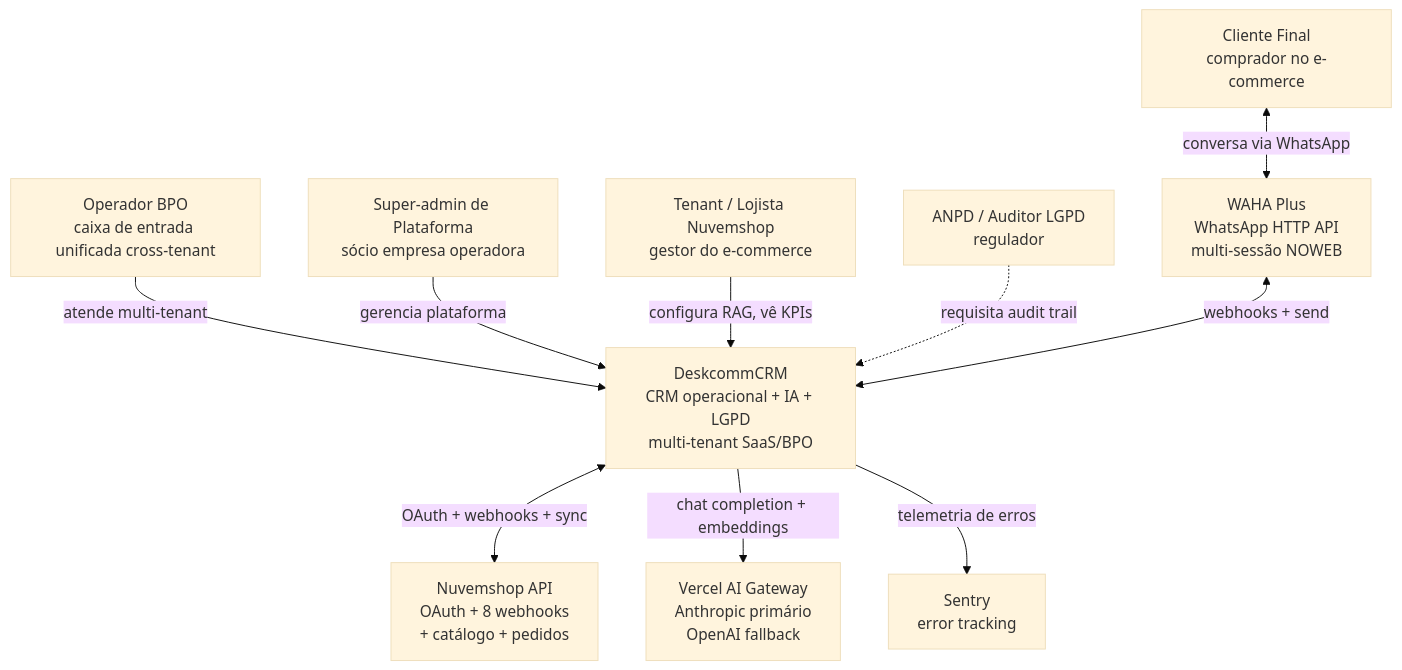
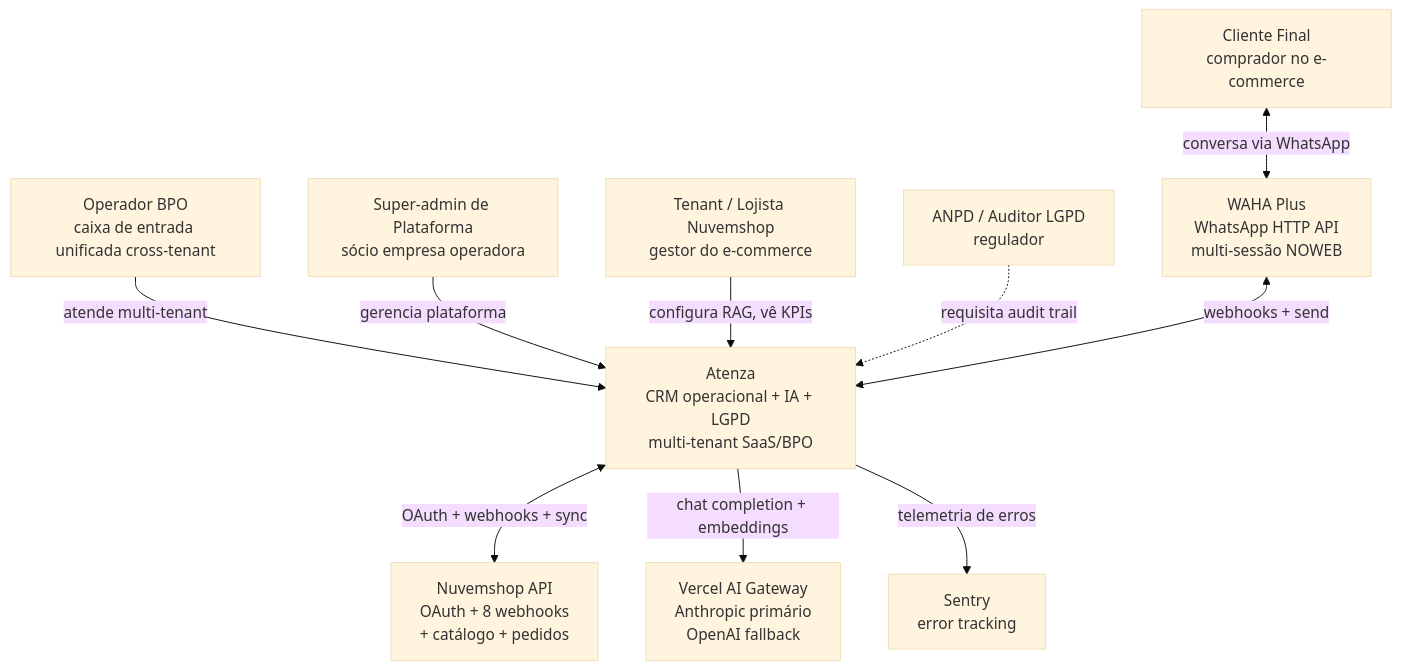
The first of 15 diagrams in docs/research/architecture-diagrams.md (andreajoa/SaaS-whatsapp), drawn with Mermaid (base theme) before and after one commit. The commit also changed other lines of this file and 533 other files, not shown here.

````diff
--- a/docs/research/architecture-diagrams.md
+++ b/docs/research/architecture-diagrams.md
@@ -21,27 +21,27 @@
 ```mermaid
 graph TD
     OperadorBPO[Operador BPO<br/>caixa de entrada unificada cross-tenant]
     Tenant[Tenant / Lojista Nuvemshop<br/>gestor do e-commerce]
     Cliente[Cliente Final<br/>comprador no e-commerce]
     SuperAdmin[Super-admin de Plataforma<br/>sócio empresa operadora]
     Auditor[ANPD / Auditor LGPD<br/>regulador]
 
-    DeskcommCRM[DeskcommCRM<br/>CRM operacional + IA + LGPD<br/>multi-tenant SaaS/BPO]
+    Atenza[Atenza<br/>CRM operacional + IA + LGPD<br/>multi-tenant SaaS/BPO]
 
     Nuvemshop[Nuvemshop API<br/>OAuth + 8 webhooks<br/>+ catálogo + pedidos]
     WAHA[WAHA Plus<br/>WhatsApp HTTP API<br/>multi-sessão NOWEB]
     AIGW[Vercel AI Gateway<br/>Anthropic primário<br/>OpenAI fallback]
     Sentry[Sentry<br/>error tracking]
 
-    OperadorBPO -->|atende multi-tenant| DeskcommCRM
-    SuperAdmin -->|gerencia plataforma| DeskcommCRM
-    Tenant -->|configura RAG, vê KPIs| DeskcommCRM
-    Auditor -.->|requisita audit trail| DeskcommCRM
+    OperadorBPO -->|atende multi-tenant| Atenza
+    SuperAdmin -->|gerencia plataforma| Atenza
+    Tenant -->|configura RAG, vê KPIs| Atenza
+    Auditor -.->|requisita audit trail| Atenza
 
     Cliente <-->|conversa via WhatsApp| WAHA
-    WAHA <-->|webhooks + send| DeskcommCRM
+    WAHA <-->|webhooks + send| Atenza
 
-    DeskcommCRM <-->|OAuth + webhooks + sync| Nuvemshop
-    DeskcommCRM -->|chat completion + embeddings| AIGW
-    DeskcommCRM -->|telemetria de erros| Sentry
+    Atenza <-->|OAuth + webhooks + sync| Nuvemshop
+    Atenza -->|chat completion + embeddings| AIGW
+    Atenza -->|telemetria de erros| Sentry
 ```
````
